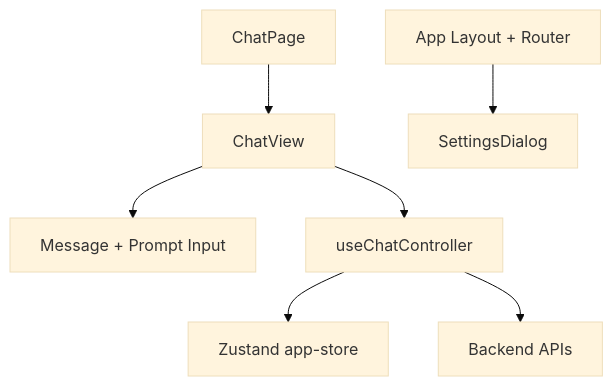
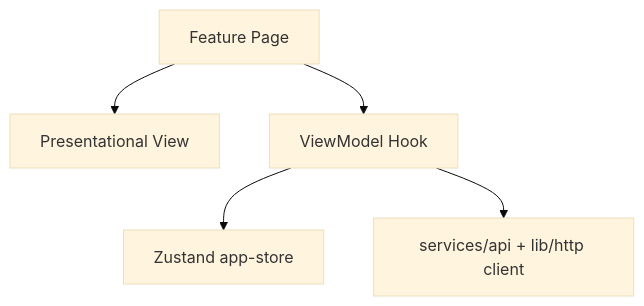
Before and after one commit to tsutsu3/ai-sdk-vite-fastapi-sample: the first of 4 diagrams in docs/architecture-front.md, drawn with Mermaid (base theme). The commit also changed other lines of this file and 299 other files, not shown here.

````diff
--- a/docs/architecture-front.md
+++ b/docs/architecture-front.md
@@ -23,10 +48,13 @@
 ```mermaid
 flowchart TD
-  App[App Layout + Router]
-  ChatPage --> ChatView
-  ChatView --> MessageComponents[Message + Prompt Input]
-  ChatView --> Controller[useChatController]
-  Controller --> Store[Zustand app-store]
-  Controller --> API[Backend APIs]
-  App --> SettingsDialog
+  Page[Feature Page]
+  View[Presentational View]
+  VM[ViewModel Hook]
+  Store[Zustand app-store]
+  API[services/api + lib/http client]
+
+  Page --> VM
+  Page --> View
+  VM --> Store
+  VM --> API
 ```
````
